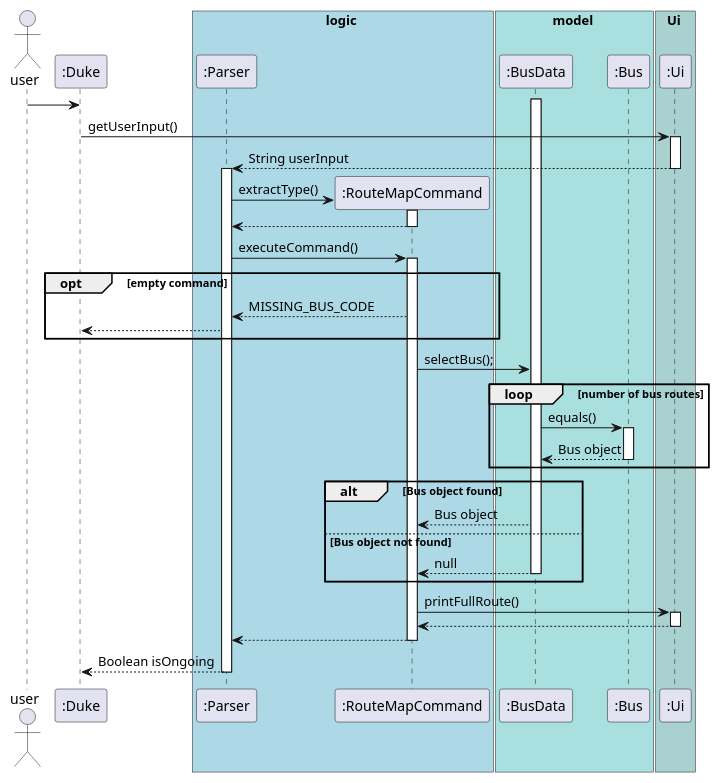
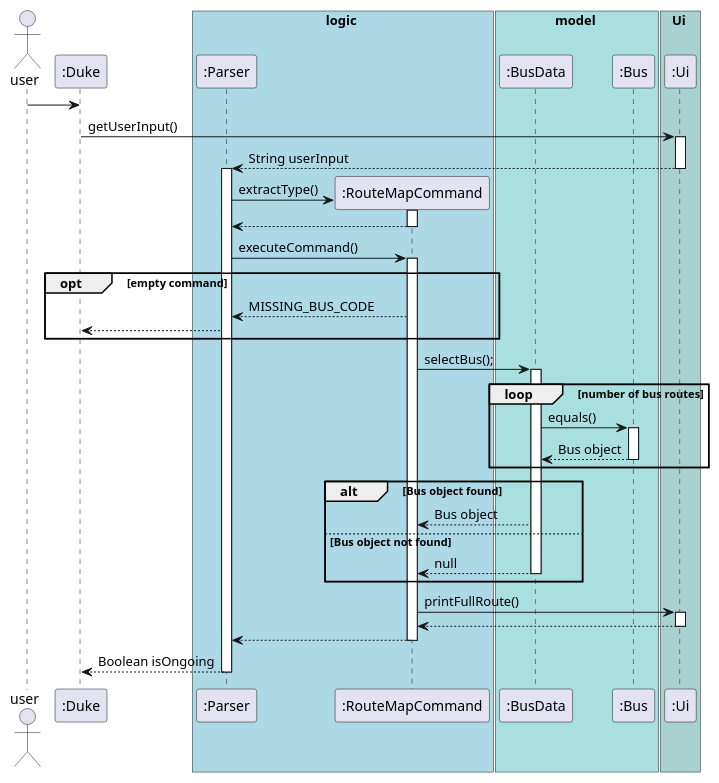
One commit to nus-cs2113-AY2021S1/tp changed the diagram in docs/DG_Diagrams/RouteMapCommandSeq.puml. Above: the diagram before and after it, drawn with PlantUML. The commit also changed other lines of this file, not shown here.

Commit message:
Amendment of RouteMapCommand sequence diagram

```diff
--- a/docs/DG_Diagrams/RouteMapCommandSeq.puml
+++ b/docs/DG_Diagrams/RouteMapCommandSeq.puml
@@ -1,61 +1,61 @@
 @startuml
 actor user
 participant ":Duke"
 box logic #LightBlue
 participant ":Parser"
 participant ":RouteMapCommand"
 end box
 box model #A9DFDF
 participant ":BusData"
 participant ":Bus"
 end box
 box Ui #A9D1D0
 participant ":Ui"
 end box
 
 user ->":Duke"
 ":Duke" -> ":Ui" : getUserInput()
 activate ":Ui"
 ":Ui" --> ":Parser": String userInput
 deactivate ":Ui"
 
 activate ":Parser"
 create ":RouteMapCommand"
 ":Parser" -> ":RouteMapCommand" :extractType()
 activate ":RouteMapCommand"
 ":RouteMapCommand" --> ":Parser"
 deactivate ":RouteMapCommand"
 ":Parser" -> ":RouteMapCommand" : executeCommand()
 activate ":RouteMapCommand"
 opt empty command
     ":RouteMapCommand" --> ":Parser" : MISSING_BUS_CODE
     ":Parser" --> ":Duke"
 end
 
 ":RouteMapCommand" -> ":BusData" : selectBus();
+activate ":BusData"
 loop number of bus routes
     ":BusData" -> ":Bus" : equals()
      activate ":Bus"
     ":Bus" --> ":BusData" : Bus object
     deactivate ":Bus"
 end
 
 alt Bus object found
-activate ":BusData"
 ":BusData" --> ":RouteMapCommand" : Bus object
 else Bus object not found
 ":BusData" --> ":RouteMapCommand" : null
 deactivate ":BusData"
 end
 ":RouteMapCommand" -> ":Ui" : printFullRoute()
 activate ":Ui"
 ":Ui" --> ":RouteMapCommand"
 deactivate ":Ui"
 
 ":RouteMapCommand" --> ":Parser"
 deactivate ":RouteMapCommand"
 ":Parser" --> ":Duke":Boolean isOngoing
 deactivate ":Parser"
 
 
 @enduml
```
